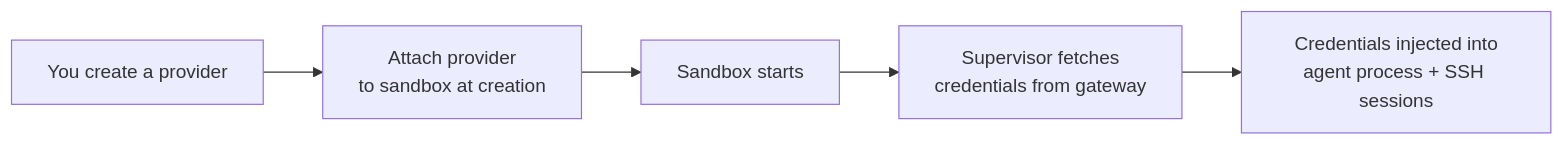
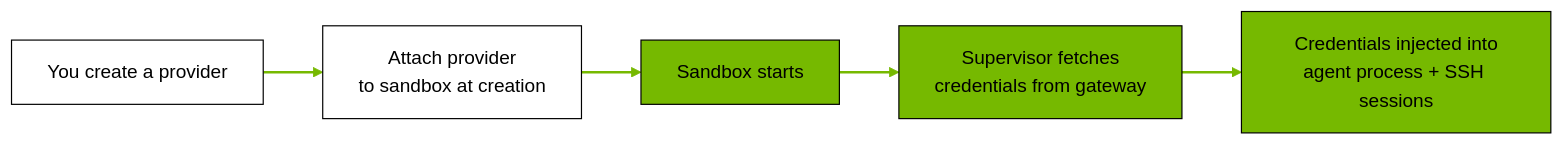
The diagram in docs/sandboxes/providers.md (NVIDIA/OpenShell), drawn with Mermaid before and after one commit. The commit also changed 13 other files, not shown here.

````diff
--- a/docs/sandboxes/providers.md
+++ b/docs/sandboxes/providers.md
@@ -109,7 +109,15 @@
 ```{mermaid}
 flowchart LR
     A["You create a provider"] --> B["Attach provider\nto sandbox at creation"]
     B --> C["Sandbox starts"]
     C --> D["Supervisor fetches\ncredentials from gateway"]
     D --> E["Credentials injected into\nagent process + SSH sessions"]
+
+    style A fill:#ffffff,stroke:#000000,color:#000000
+    style B fill:#ffffff,stroke:#000000,color:#000000
+    style C fill:#76b900,stroke:#000000,color:#000000
+    style D fill:#76b900,stroke:#000000,color:#000000
+    style E fill:#76b900,stroke:#000000,color:#000000
+
+    linkStyle default stroke:#76b900,stroke-width:2px
 ```
````
